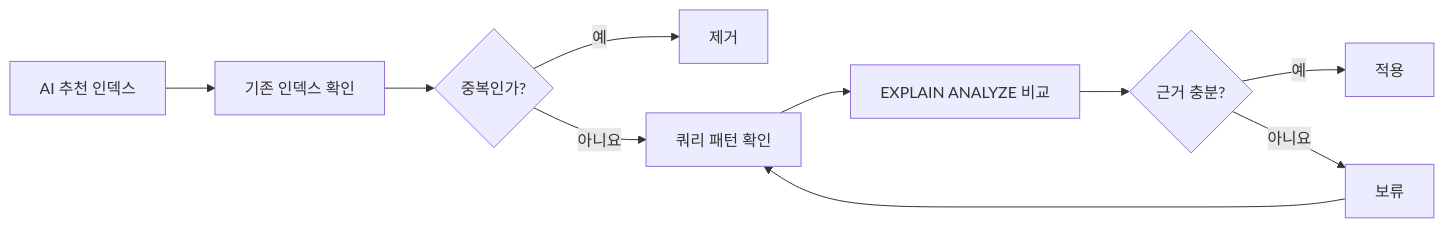
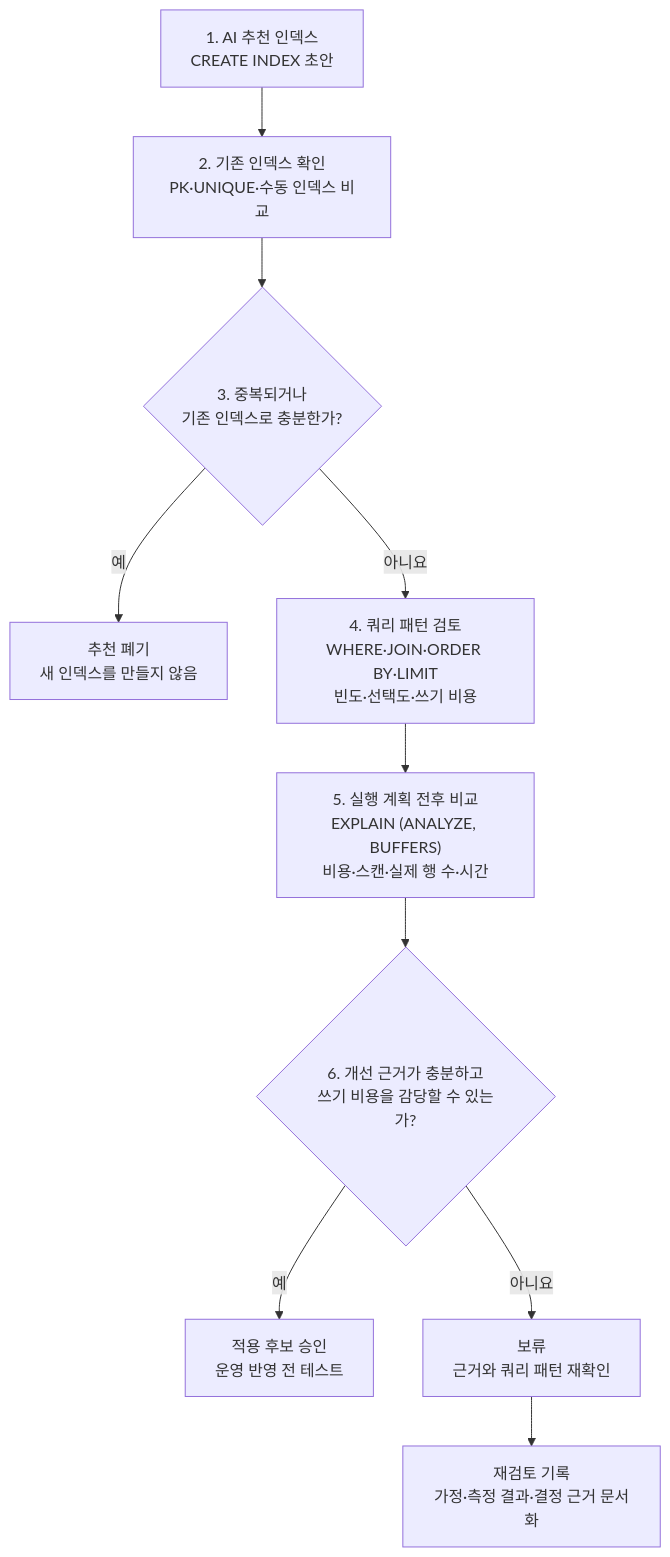
One commit to GilbertMoon/ai-database-book changed the diagram in images/chapter10/ch10_08_ai_index_review_flow.mmd. Above: the diagram before and after it, drawn with Mermaid.

Commit message:
Simplify Chapter 10 AI index review flow

```diff
--- a/images/chapter10/ch10_08_ai_index_review_flow.mmd
+++ b/images/chapter10/ch10_08_ai_index_review_flow.mmd
@@ -1,10 +1,14 @@
-flowchart LR
-    A[AI 추천 인덱스] --> B[기존 인덱스 확인]
-    B --> C{중복인가?}
-    C -- 예 --> D[제거]
-    C -- 아니요 --> E[쿼리 패턴 확인]
-    E --> F[EXPLAIN ANALYZE 비교]
-    F --> G{근거 충분?}
-    G -- 예 --> H[적용]
-    G -- 아니요 --> I[보류]
-    I --> E
+flowchart TB
+    A["1. AI 추천 인덱스<br/>CREATE INDEX 초안"] --> B["2. 기존 인덱스 확인<br/>PK·UNIQUE·수동 인덱스 비교"]
+    B --> C{"3. 중복되거나<br/>기존 인덱스로 충분한가?"}
+
+    C -- 예 --> D["추천 폐기<br/>새 인덱스를 만들지 않음"]
+    C -- 아니요 --> E["4. 쿼리 패턴 검토<br/>WHERE·JOIN·ORDER BY·LIMIT<br/>빈도·선택도·쓰기 비용"]
+
+    E --> F["5. 실행 계획 전후 비교<br/>EXPLAIN (ANALYZE, BUFFERS)<br/>비용·스캔·실제 행 수·시간"]
+    F --> G{"6. 개선 근거가 충분하고<br/>쓰기 비용을 감당할 수 있는가?"}
+
+    G -- 예 --> H["적용 후보 승인<br/>운영 반영 전 테스트"]
+    G -- 아니요 --> I["보류<br/>근거와 쿼리 패턴 재확인"]
+
+    I --> J["재검토 기록<br/>가정·측정 결과·결정 근거 문서화"]
```
